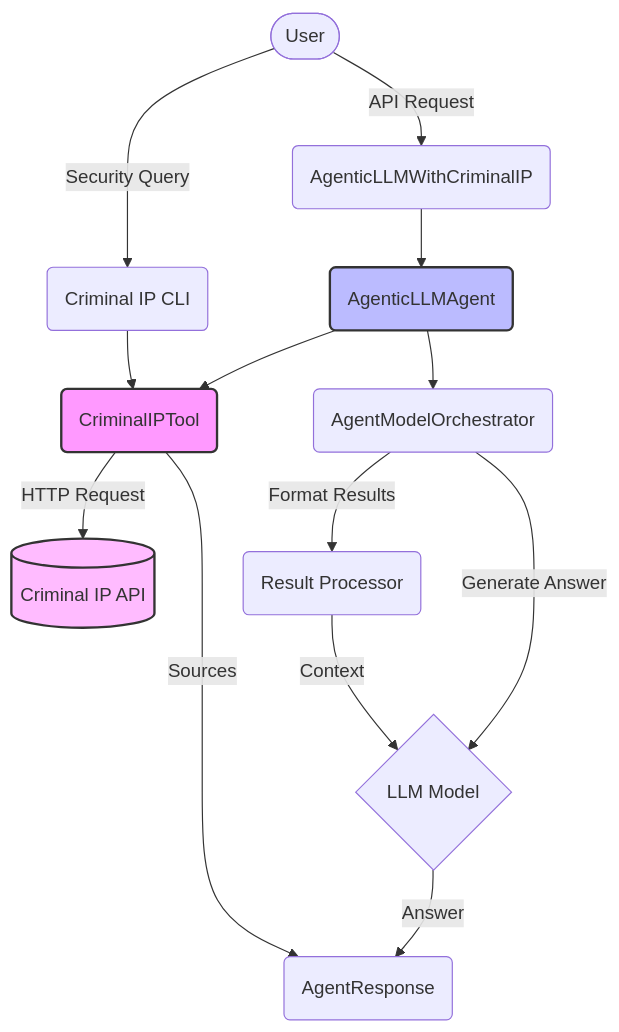
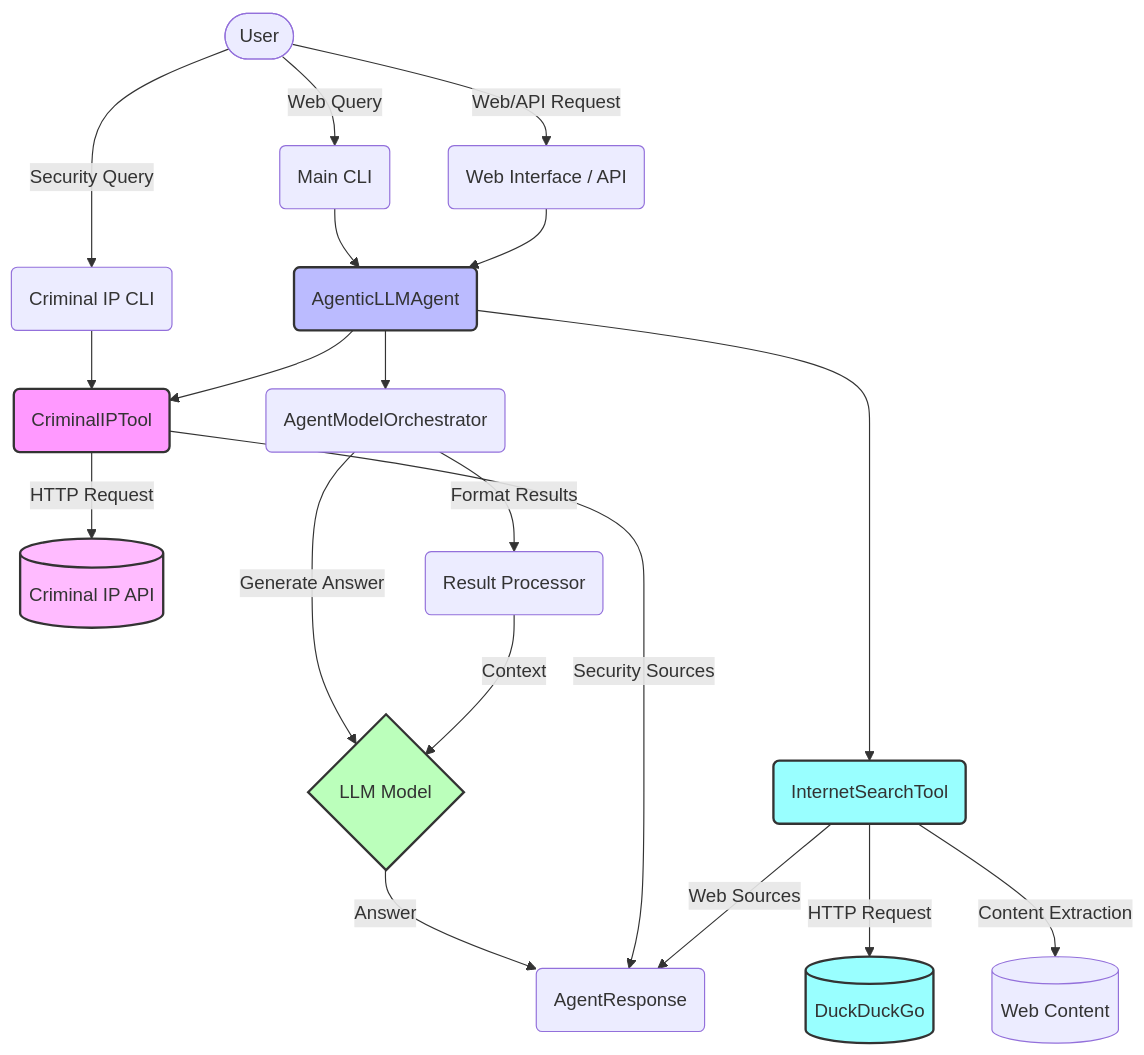
Before and after one commit to Htunn/agentic-llm-search: the second of 3 diagrams in README.md, drawn with Mermaid. The commit also changed other lines of this file, not shown here.

````diff
--- a/README.md
+++ b/README.md
@@ -409,24 +436,34 @@
 ```mermaid
 graph TD
-    User([User]) --> |Security Query| CLI(Criminal IP CLI)
-    User --> |API Request| AgentAPI(AgenticLLMWithCriminalIP)
+    User([User]) --> |Security Query| CIPCLI(Criminal IP CLI)
+    User --> |Web Query| MainCLI(Main CLI)
+    User --> |Web/API Request| AgentAPI(Web Interface / API)
     
-    CLI --> Tool(CriminalIPTool)
-    AgentAPI --> Agent(AgenticLLMAgent)
-    Agent --> Tool
+    CIPCLI --> CIPTool(CriminalIPTool)
+    MainCLI --> Agent(AgenticLLMAgent)
+    AgentAPI --> Agent
+    
+    Agent --> CIPTool
+    Agent --> WebTool(InternetSearchTool)
     Agent --> Orchestrator(AgentModelOrchestrator)
     
-    Tool --> |HTTP Request| CIPAPI[(Criminal IP API)]
+    CIPTool --> |HTTP Request| CIPAPI[(Criminal IP API)]
+    WebTool --> |HTTP Request| DDG[(DuckDuckGo)]
+    WebTool --> |Content Extraction| WebContent[(Web Content)]
     
     Orchestrator --> |Format Results| ResultProcessor(Result Processor)
     Orchestrator --> |Generate Answer| LLM{LLM Model}
     
     ResultProcessor --> |Context| LLM
     LLM --> |Answer| Response(AgentResponse)
     
-    Tool --> |Sources| Response
+    CIPTool --> |Security Sources| Response
+    WebTool --> |Web Sources| Response
     
-    style Tool fill:#f9f,stroke:#333,stroke-width:2px
+    style CIPTool fill:#f9f,stroke:#333,stroke-width:2px
+    style WebTool fill:#9ff,stroke:#333,stroke-width:2px
     style Agent fill:#bbf,stroke:#333,stroke-width:2px
     style CIPAPI fill:#fbf,stroke:#333,stroke-width:2px
+    style DDG fill:#9ff,stroke:#333,stroke-width:2px
+    style LLM fill:#bfb,stroke:#333,stroke-width:2px
 ```
````
